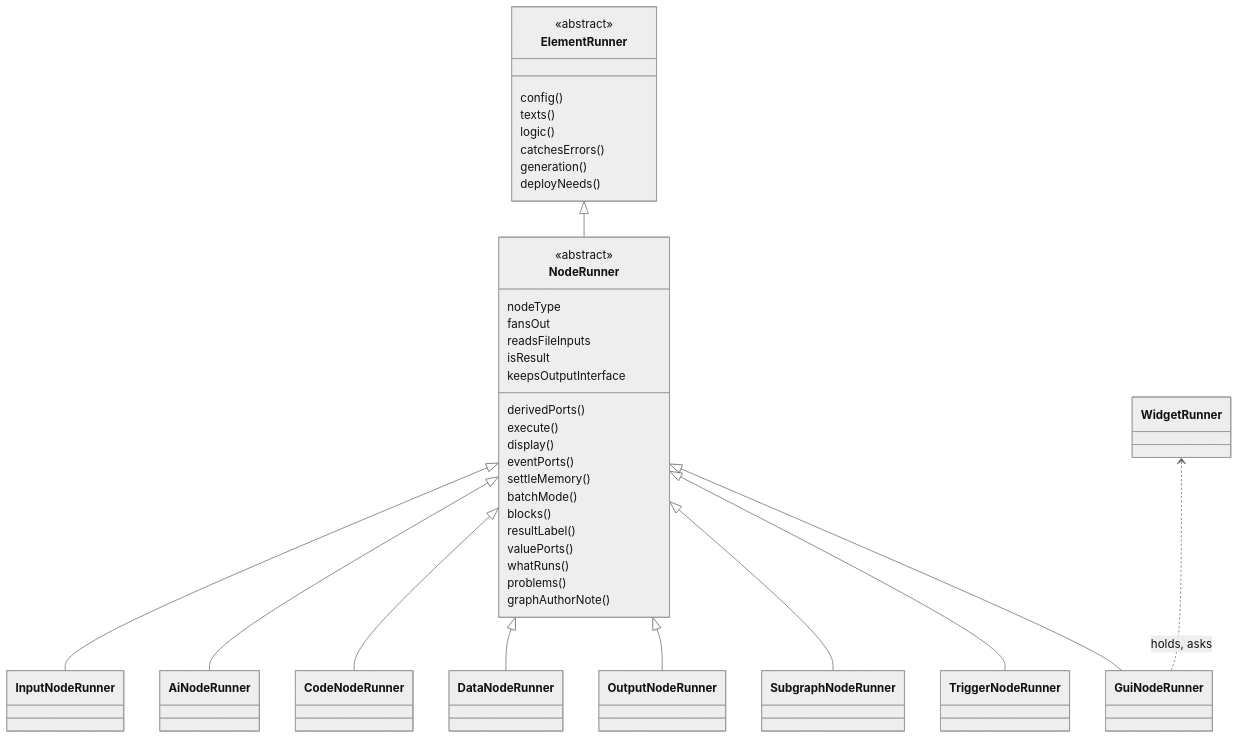
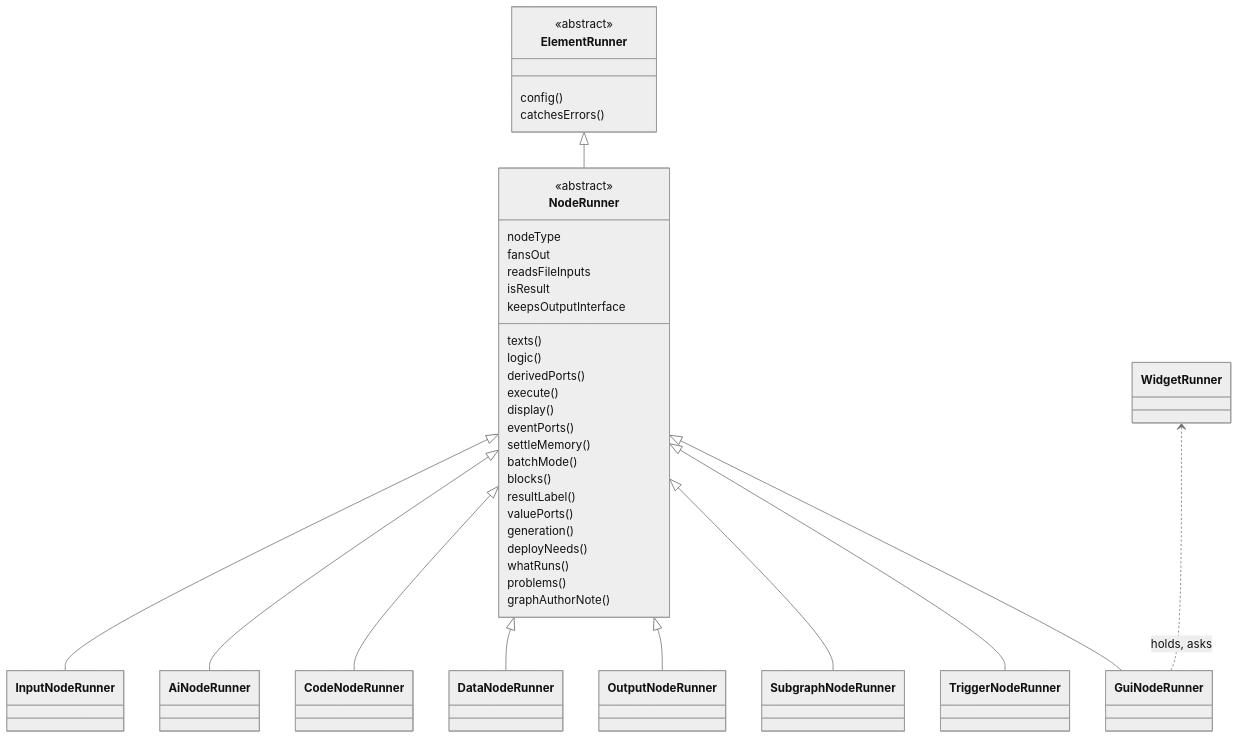
Before and after one commit to Archimedes79/AI_Graph: the third of 8 diagrams in arch/overview.md, drawn with Mermaid (neutral theme). The commit also changed other lines of this file and 18 other files, not shown here.

````diff
--- a/arch/overview.md
+++ b/arch/overview.md
@@ -157,42 +157,42 @@
 ```mermaid
 classDiagram
   class ElementRunner {
     <<abstract>>
     config()
-    texts()
-    logic()
     catchesErrors()
-    generation()
-    deployNeeds()
   }
   class NodeRunner {
     <<abstract>>
     nodeType
+    texts()
+    logic()
     derivedPorts()
     execute()
     display()
     eventPorts()
     settleMemory()
     fansOut
     batchMode()
     readsFileInputs
     blocks()
     isResult
     resultLabel()
     valuePorts()
     keepsOutputInterface
+    generation()
+    deployNeeds()
     whatRuns()
     problems()
     graphAuthorNote()
   }
   ElementRunner <|-- NodeRunner
   NodeRunner <|-- InputNodeRunner
   NodeRunner <|-- AiNodeRunner
   NodeRunner <|-- CodeNodeRunner
   NodeRunner <|-- DataNodeRunner
   NodeRunner <|-- OutputNodeRunner
   NodeRunner <|-- SubgraphNodeRunner
   NodeRunner <|-- TriggerNodeRunner
   NodeRunner <|-- GuiNodeRunner
   WidgetRunner <.. GuiNodeRunner : holds, asks
 ```
````
